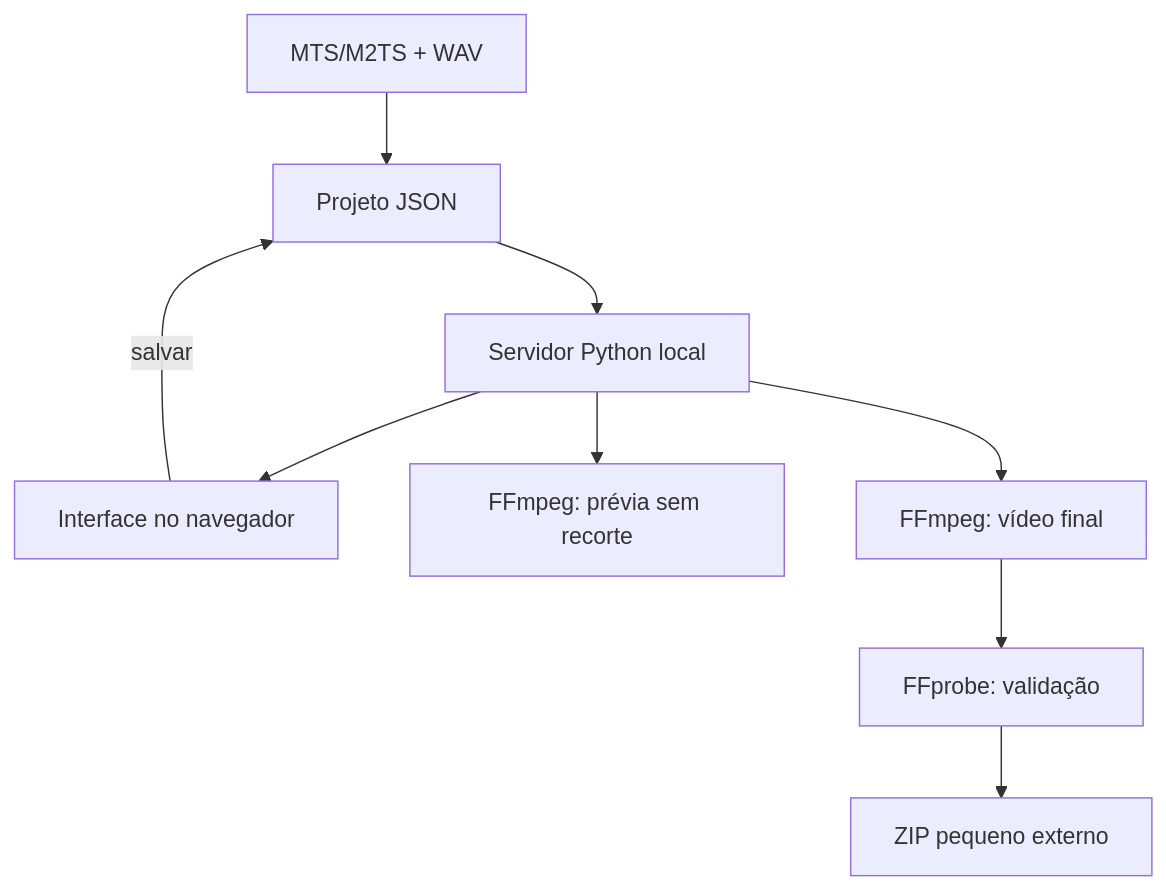
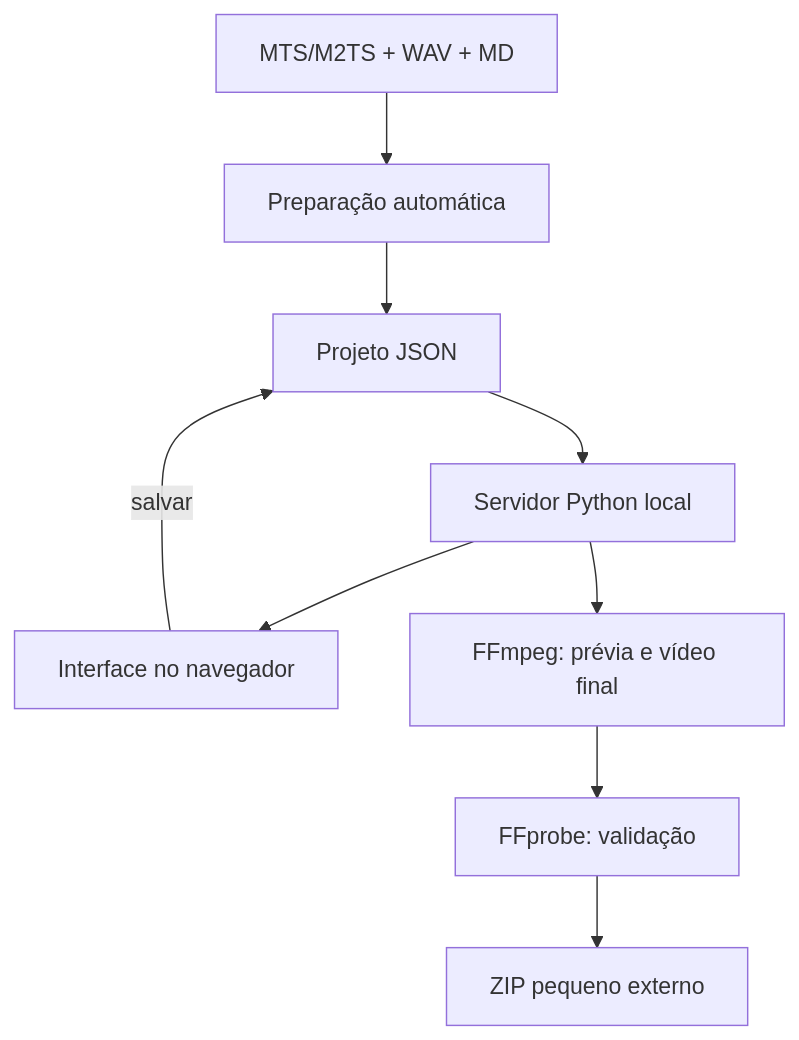
One commit to rudyrocha/concertos-coral changed the diagram in docs/ARQUITETURA.md. Above: the diagram before and after it, drawn with Mermaid. The commit also changed other lines of this file and 7 other files, not shown here.

````diff
--- a/docs/ARQUITETURA.md
+++ b/docs/ARQUITETURA.md
@@ -9,11 +9,11 @@
 ```mermaid
 flowchart TD
-    A["MTS/M2TS + WAV"] --> B["Projeto JSON"]
-    B --> C["Servidor Python local"]
-    C --> D["Interface no navegador"]
-    D -->|salvar| B
-    C --> E["FFmpeg: prévia sem recorte"]
-    C --> F["FFmpeg: vídeo final"]
+    A["MTS/M2TS + WAV + MD"] --> B["Preparação automática"]
+    B --> C["Projeto JSON"]
+    C --> D["Servidor Python local"]
+    D --> E["Interface no navegador"]
+    E -->|salvar| C
+    D --> F["FFmpeg: prévia e vídeo final"]
     F --> G["FFprobe: validação"]
     G --> H["ZIP pequeno externo"]
 ```
````
